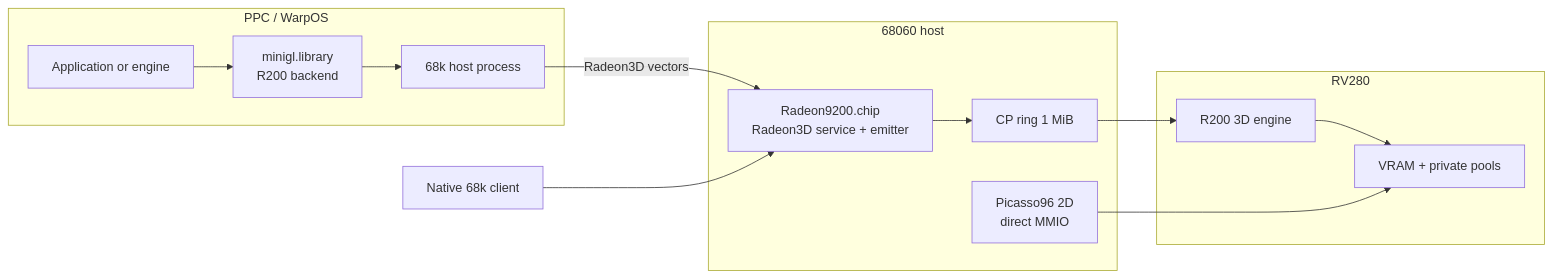
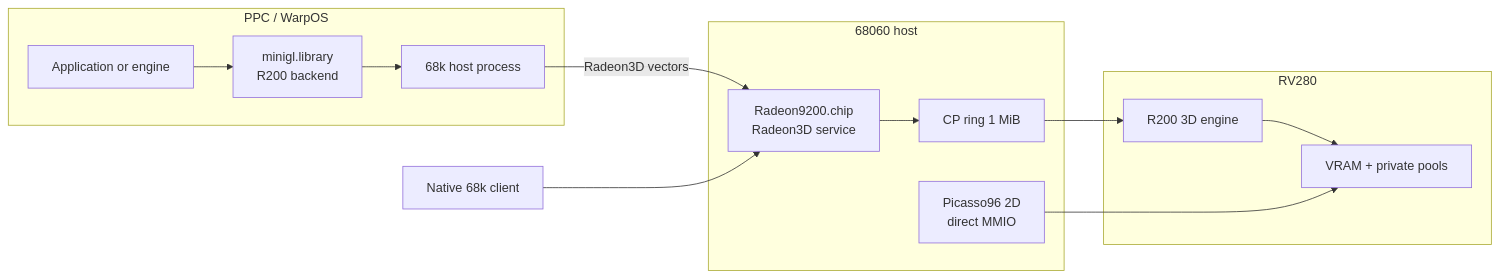
The diagram in README.md (mirq/r200-p96-driver), drawn with Mermaid before and after one commit. The commit also changed other lines of this file and 40 other files, not shown here.

````diff
--- a/README.md
+++ b/README.md
@@ -38,22 +41,22 @@
 ```mermaid
 flowchart LR
     subgraph PPC["PPC / WarpOS"]
         APP["Application or engine"] --> MGL["minigl.library<br/>R200 backend"]
         MGL --> HOSTPROC["68k host process"]
     end
     subgraph HOSTCPU["68060 host"]
-        LIB["Radeon9200.chip<br/>Radeon3D service + emitter"]
+        LIB["Radeon9200.chip<br/>Radeon3D service"]
         CP["CP ring 1 MiB"]
         ACCEL["Picasso96 2D<br/>direct MMIO"]
         LIB --> CP
     end
     subgraph CARD["RV280"]
         GPU["R200 3D engine"]
         VRAM["VRAM + private pools"]
     end
     HOSTPROC -->|"Radeon3D vectors"| LIB
     NATIVE["Native 68k client"] --> LIB
     CP --> GPU
     GPU --> VRAM
     ACCEL --> VRAM
 ```
````
